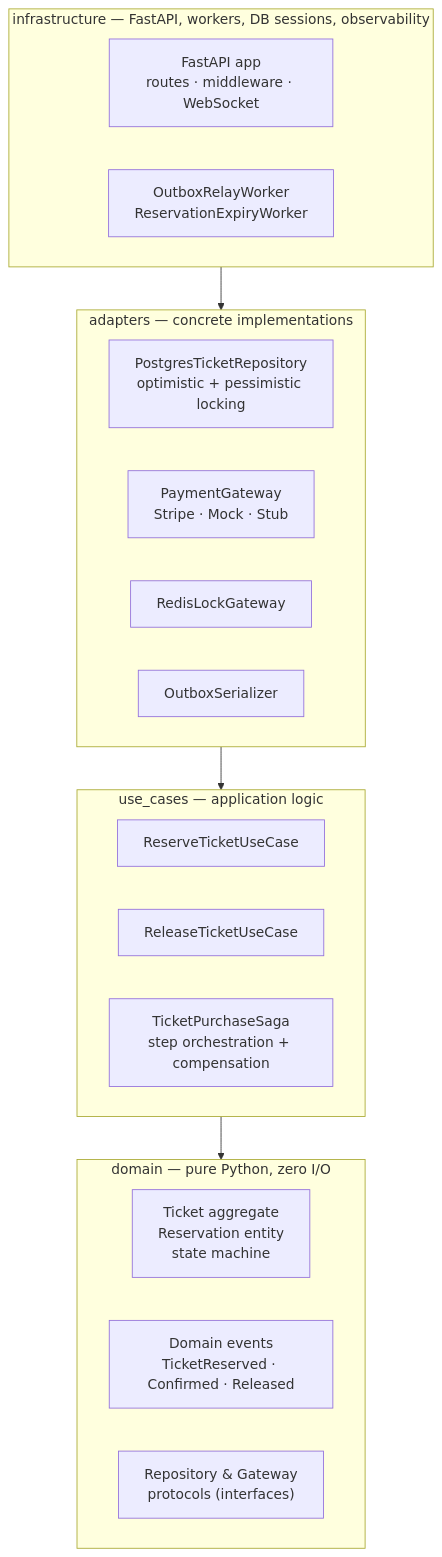
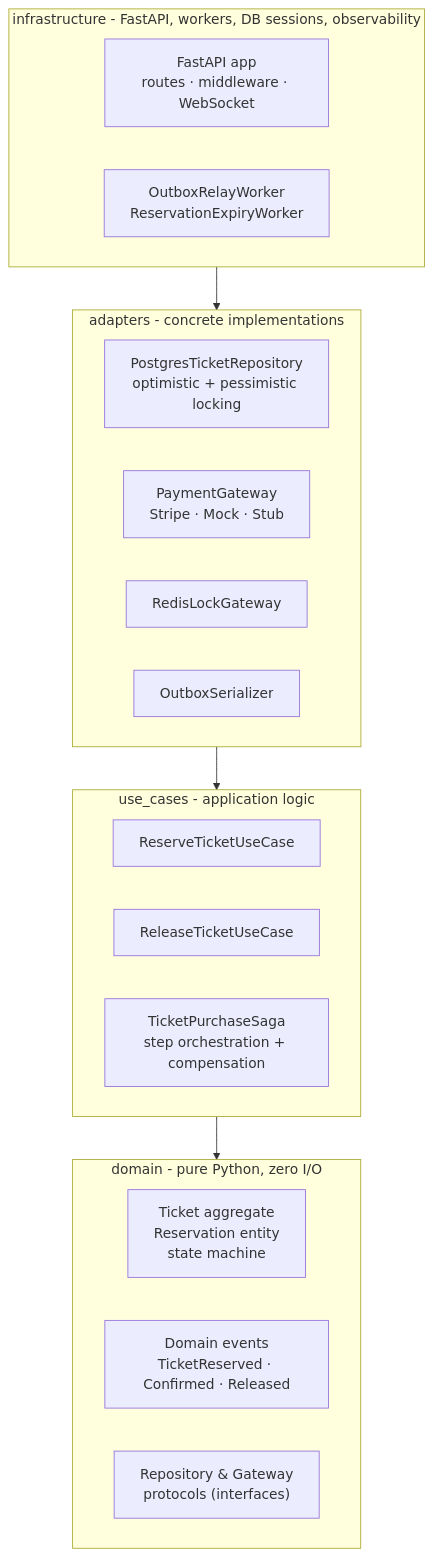
One commit to lukaszdevos/Reservex changed the first of 3 diagrams in README.md. Above: the diagram before and after it, drawn with Mermaid. The commit also changed other lines of this file and 41 other files, not shown here.

````diff
--- a/README.md
+++ b/README.md
@@ -107,30 +107,30 @@
 ```mermaid
 graph TD
-    subgraph INFRA["infrastructure — FastAPI, workers, DB sessions, observability"]
+    subgraph INFRA["infrastructure - FastAPI, workers, DB sessions, observability"]
         App["FastAPI app\nroutes · middleware · WebSocket"]
         Workers["OutboxRelayWorker\nReservationExpiryWorker"]
     end
 
-    subgraph ADAPT["adapters — concrete implementations"]
+    subgraph ADAPT["adapters - concrete implementations"]
         Repo["PostgresTicketRepository\noptimistic + pessimistic locking"]
         GW["PaymentGateway\nStripe · Mock · Stub"]
         Lock["RedisLockGateway"]
         Outbox["OutboxSerializer"]
     end
 
-    subgraph UC["use_cases — application logic"]
+    subgraph UC["use_cases - application logic"]
         Reserve["ReserveTicketUseCase"]
         Release["ReleaseTicketUseCase"]
         SAGA["TicketPurchaseSaga\nstep orchestration + compensation"]
     end
 
-    subgraph DOMAIN["domain — pure Python, zero I/O"]
+    subgraph DOMAIN["domain - pure Python, zero I/O"]
         Agg["Ticket aggregate\nReservation entity\nstate machine"]
         Events["Domain events\nTicketReserved · Confirmed · Released"]
         Proto["Repository &amp; Gateway\nprotocols (interfaces)"]
     end
 
     INFRA --> ADAPT
     ADAPT --> UC
     UC --> DOMAIN
 ```
````
